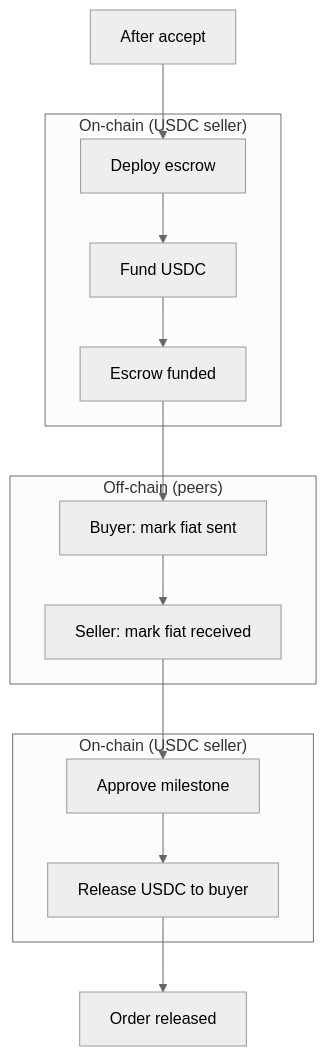
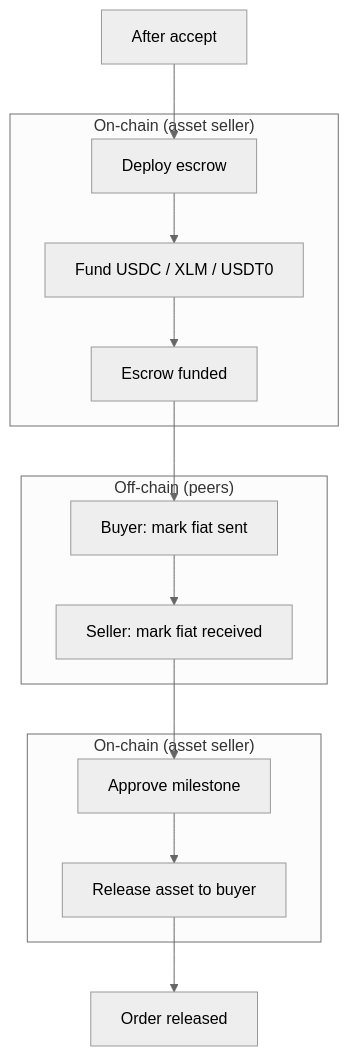
Before and after one commit to Bran18/upeer: the fifth of 7 diagrams in docs/user-flows.md, drawn with Mermaid (neutral theme). The commit also changed other lines of this file and 36 other files, not shown here.

````diff
--- a/docs/user-flows.md
+++ b/docs/user-flows.md
@@ -68,20 +68,20 @@
 ```mermaid
 flowchart TD
-  subgraph onchain["On-chain (USDC seller)"]
-    E1["Deploy escrow"] --> E2["Fund USDC"]
+  subgraph onchain["On-chain (asset seller)"]
+    E1["Deploy escrow"] --> E2["Fund USDC / XLM / USDT0"]
     E2 --> E3["Escrow funded"]
   end
 
   subgraph fiat["Off-chain (peers)"]
     F1["Buyer: mark fiat sent"] --> F2["Seller: mark fiat received"]
   end
 
-  subgraph release["On-chain (USDC seller)"]
-    R1["Approve milestone"] --> R2["Release USDC to buyer"]
+  subgraph release["On-chain (asset seller)"]
+    R1["Approve milestone"] --> R2["Release asset to buyer"]
   end
 
   A7["After accept"] --> E1
   E3 --> F1
   F2 --> R1
   R2 --> Done["Order released"]
 ```
````
